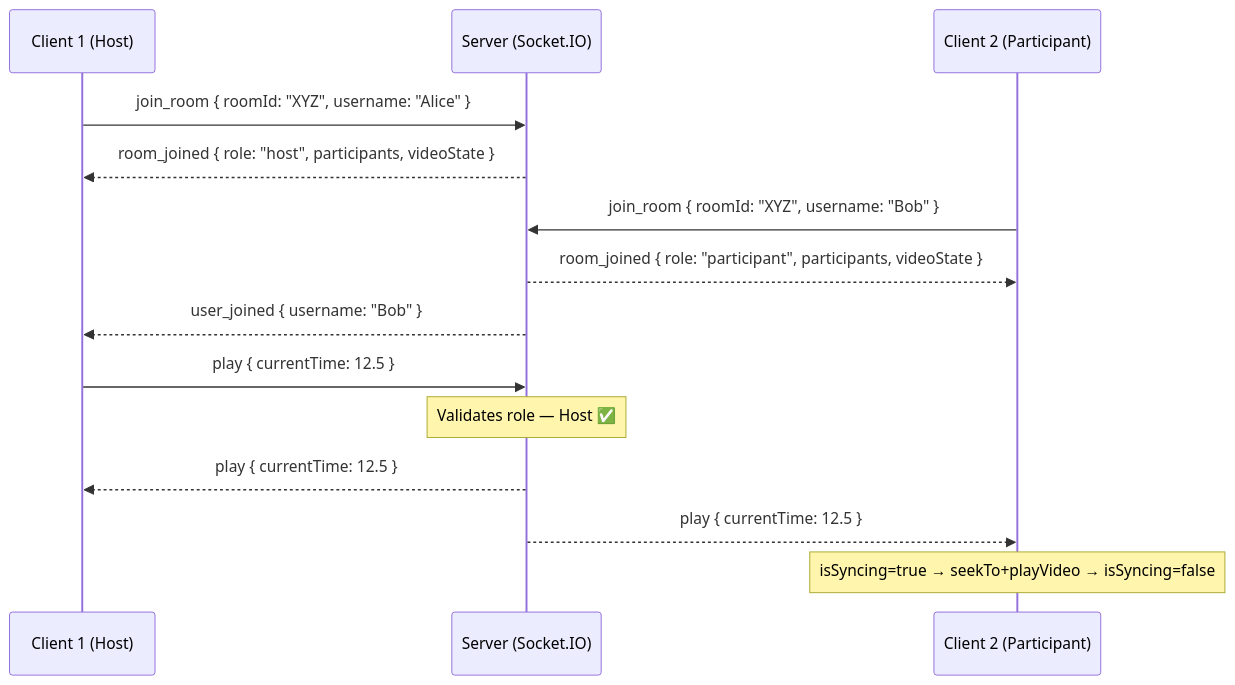
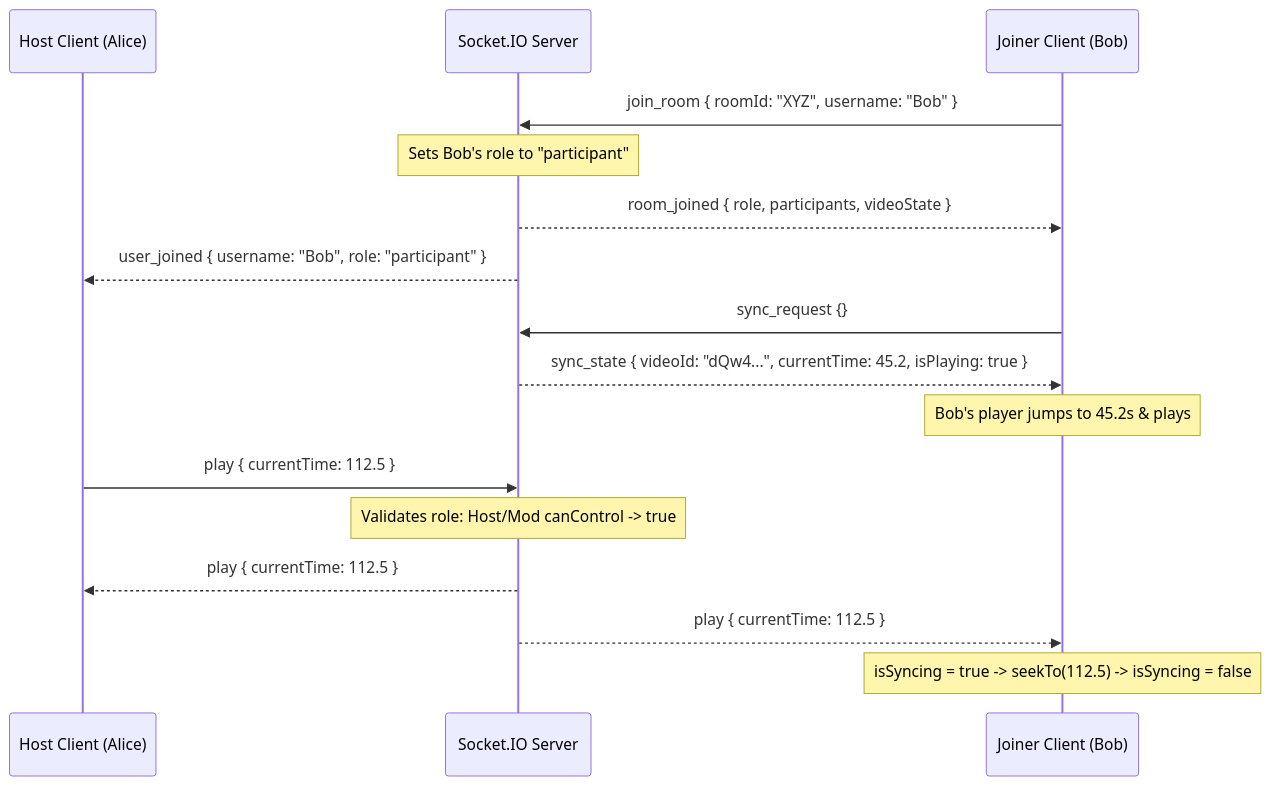
The diagram in README.md (SahilSameer18/syncTube), drawn with Mermaid before and after one commit. The commit also changed other lines of this file, not shown here.

````diff
--- a/README.md
+++ b/README.md
@@ -126,19 +141,21 @@
 ```mermaid
 sequenceDiagram
-    participant C1 as Client 1 (Host)
-    participant S as Server (Socket.IO)
-    participant C2 as Client 2 (Participant)
+    participant Host as Host Client (Alice)
+    participant Server as Socket.IO Server
+    participant Joiner as Joiner Client (Bob)
 
-    C1->>S: join_room { roomId: "XYZ", username: "Alice" }
-    S-->>C1: room_joined { role: "host", participants, videoState }
+    Joiner->>Server: join_room { roomId: "XYZ", username: "Bob" }
+    Note over Server: Sets Bob's role to "participant"
+    Server-->>Joiner: room_joined { role, participants, videoState }
+    Server-->>Host: user_joined { username: "Bob", role: "participant" }
 
-    C2->>S: join_room { roomId: "XYZ", username: "Bob" }
-    S-->>C2: room_joined { role: "participant", participants, videoState }
-    S-->>C1: user_joined { username: "Bob" }
+    Joiner->>Server: sync_request {}
+    Server-->>Joiner: sync_state { videoId: "dQw4...", currentTime: 45.2, isPlaying: true }
+    Note over Joiner: Bob's player jumps to 45.2s & plays
 
-    C1->>S: play { currentTime: 12.5 }
-    Note over S: Validates role — Host ✅
-    S-->>C1: play { currentTime: 12.5 }
-    S-->>C2: play { currentTime: 12.5 }
-    Note over C2: isSyncing=true → seekTo+playVideo → isSyncing=false
+    Host->>Server: play { currentTime: 112.5 }
+    Note over Server: Validates role: Host/Mod canControl -> true
+    Server-->>Host: play { currentTime: 112.5 }
+    Server-->>Joiner: play { currentTime: 112.5 }
+    Note over Joiner: isSyncing = true -> seekTo(112.5) -> isSyncing = false
 ```
````
